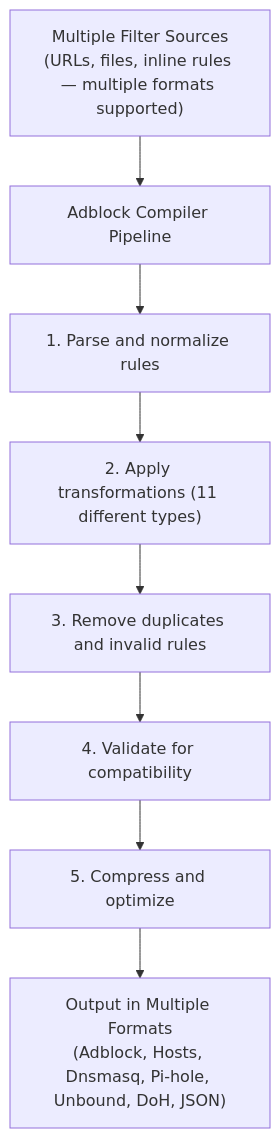
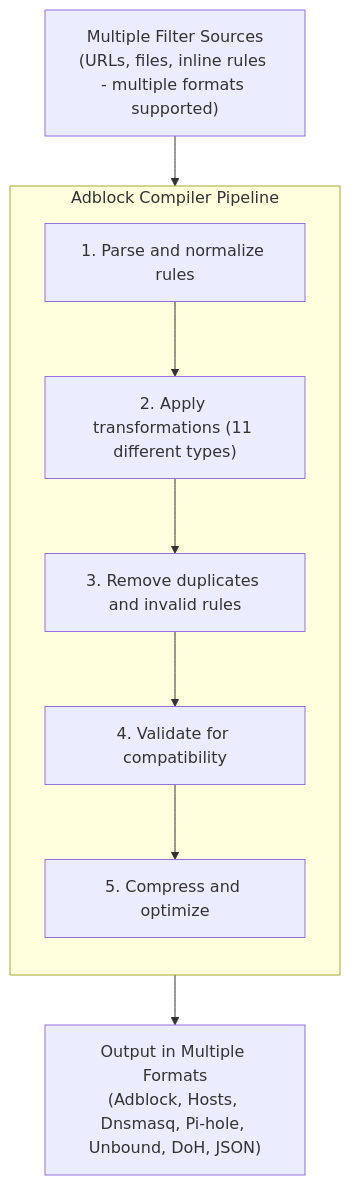
One commit to AdguardTeam/HostlistCompiler changed the first of 2 diagrams in docs/BLOG_POST_ADBLOCK_COMPILER.md. Above: the diagram before and after it, drawn with Mermaid. The commit also changed other lines of this file and 2 other files, not shown here.

Commit message:
docs: resolve merge conflicts with main (accept main's Mermaid diagrams for ARCHITECTURE, BLOG_POST, CIRCUIT_BREAKER)

````diff
--- a/docs/BLOG_POST_ADBLOCK_COMPILER.md
+++ b/docs/BLOG_POST_ADBLOCK_COMPILER.md
@@ -13,15 +13,15 @@
 ```mermaid
 flowchart TD
-    SOURCES["Multiple Filter Sources\n(URLs, files, inline rules — multiple formats supported)"]
-    PIPELINE["Adblock Compiler Pipeline"]
-    S1["1. Parse and normalize rules"]
-    S2["2. Apply transformations (11 different types)"]
-    S3["3. Remove duplicates and invalid rules"]
-    S4["4. Validate for compatibility"]
-    S5["5. Compress and optimize"]
-    OUTPUT["Output in Multiple Formats\n(Adblock, Hosts, Dnsmasq, Pi-hole, Unbound, DoH, JSON)"]
-
-    SOURCES --> PIPELINE
-    PIPELINE --> S1 --> S2 --> S3 --> S4 --> S5
-    S5 --> OUTPUT
+    SRC["Multiple Filter Sources\n(URLs, files, inline rules - multiple formats supported)"]
+    subgraph PIPE["Adblock Compiler Pipeline"]
+        direction TB
+        P1["1. Parse and normalize rules"]
+        P2["2. Apply transformations (11 different types)"]
+        P3["3. Remove duplicates and invalid rules"]
+        P4["4. Validate for compatibility"]
+        P5["5. Compress and optimize"]
+        P1 --> P2 --> P3 --> P4 --> P5
+    end
+    SRC --> P1
+    P5 --> OUT["Output in Multiple Formats\n(Adblock, Hosts, Dnsmasq, Pi-hole, Unbound, DoH, JSON)"]
 ```
````
